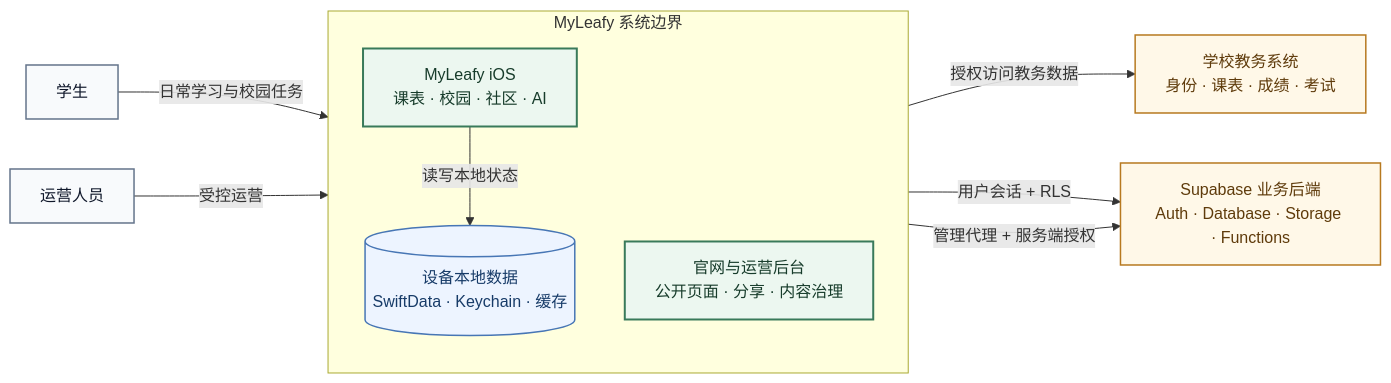
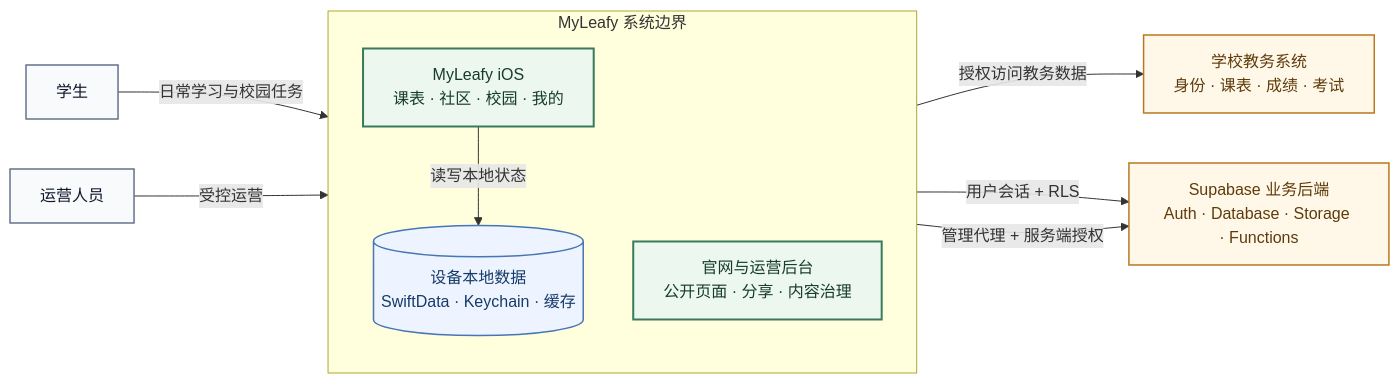
Before and after one commit to IsaacHuo/MyLeafy: the diagram in README.md, drawn with Mermaid. The commit also changed other lines of this file and 19 other files, not shown here.

````diff
--- a/README.md
+++ b/README.md
@@ -19,31 +21,31 @@
 ```mermaid
 flowchart LR
     Student["学生"]
     Operator["运营人员"]
 
     subgraph Product["MyLeafy 系统边界"]
         direction TB
-        IOS["MyLeafy iOS<br/>课表 · 校园 · 社区 · AI"]
+        IOS["MyLeafy iOS<br/>课表 · 社区 · 校园 · 我的"]
         Local[("设备本地数据<br/>SwiftData · Keychain · 缓存")]
         Web["官网与运营后台<br/>公开页面 · 分享 · 内容治理"]
         IOS -->|读写本地状态| Local
     end
 
     School["学校教务系统<br/>身份 · 课表 · 成绩 · 考试"]
     Backend["Supabase 业务后端<br/>Auth · Database · Storage · Functions"]
 
     Student -->|日常学习与校园任务| IOS
     Operator -->|受控运营| Web
     IOS -->|授权访问教务数据| School
     IOS -->|用户会话 + RLS| Backend
     Web -->|管理代理 + 服务端授权| Backend
 
     classDef actor fill:#F8FAFC,stroke:#64748B,color:#0F172A,stroke-width:1.5px;
     classDef owned fill:#ECF7F0,stroke:#397A5A,color:#173C2B,stroke-width:2px;
     classDef external fill:#FFF8E8,stroke:#B7791F,color:#5F3B0B,stroke-width:1.5px;
     classDef data fill:#EDF4FF,stroke:#4776B5,color:#173B68,stroke-width:1.5px;
     class Student,Operator actor;
     class IOS,Web owned;
     class School,Backend external;
     class Local data;
 ```
````
